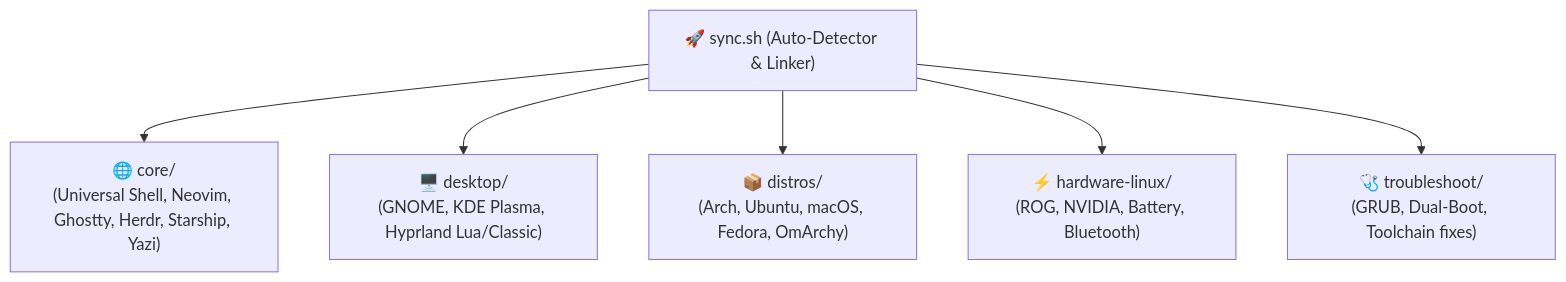
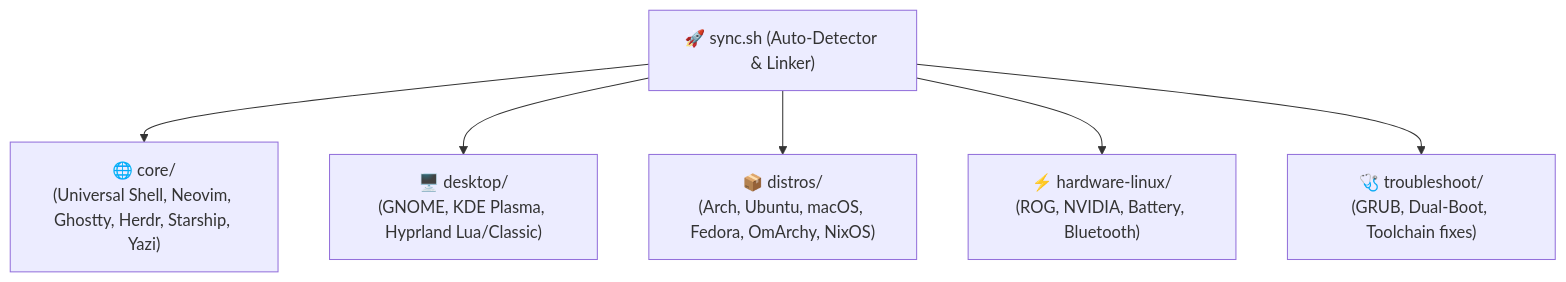
Before and after one commit to Codesmith28/archConfig: the diagram in README.md, drawn with Mermaid. The commit also changed other lines of this file and 2 other files, not shown here.

Commit message:
feat(sync): add NixOS auto-offload, update documentation and guard skill

````diff
--- a/README.md
+++ b/README.md
@@ -24,15 +24,15 @@
 ```mermaid
 graph TD
     Sync["🚀 sync.sh (Auto-Detector & Linker)"]
     Core["🌐 core/<br/>(Universal Shell, Neovim, Ghostty, Herdr, Starship, Yazi)"]
     Desktop["🖥️ desktop/<br/>(GNOME, KDE Plasma, Hyprland Lua/Classic)"]
-    Distros["📦 distros/<br/>(Arch, Ubuntu, macOS, Fedora, OmArchy)"]
+    Distros["📦 distros/<br/>(Arch, Ubuntu, macOS, Fedora, OmArchy, NixOS)"]
     Hardware["⚡ hardware-linux/<br/>(ROG, NVIDIA, Battery, Bluetooth)"]
     Troubleshoot["🩺 troubleshoot/<br/>(GRUB, Dual-Boot, Toolchain fixes)"]
     
     Sync --> Core
     Sync --> Desktop
     Sync --> Distros
     Sync --> Hardware
     Sync --> Troubleshoot
 ```
````
